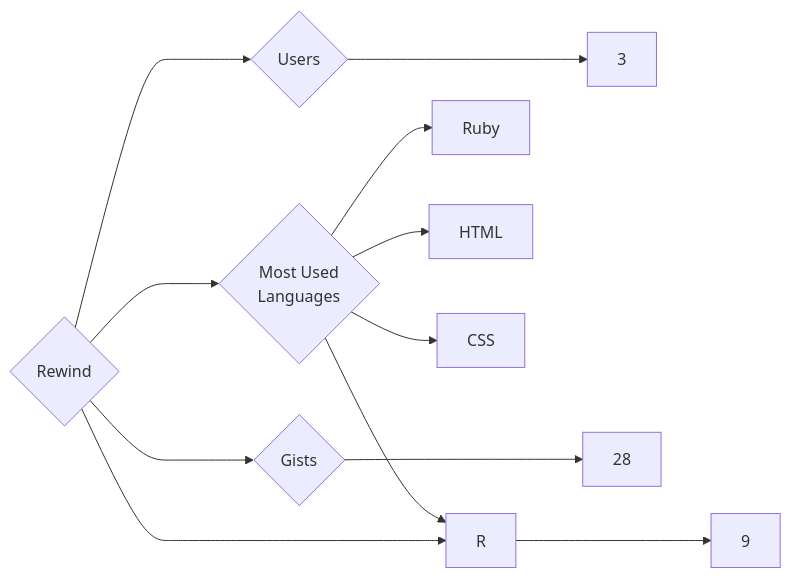
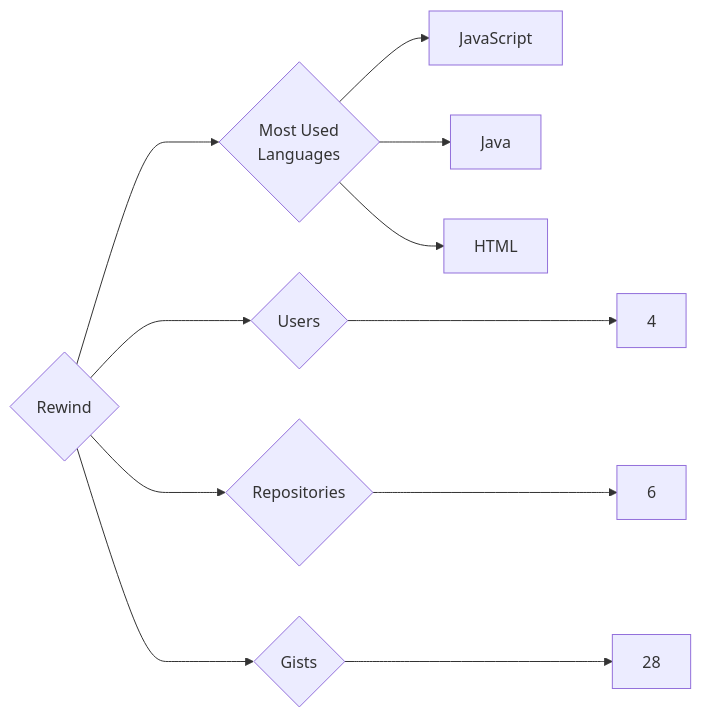
The diagram in targets/Rewind/README.md (trickest/insiders), drawn with Mermaid before and after one commit. The commit also changed 1496 other files, not shown here.

````diff
--- a/targets/Rewind/README.md
+++ b/targets/Rewind/README.md
@@ -3,12 +3,11 @@
 ```mermaid
 graph LR
 COMPANY_NAME{Rewind}
-COMPANY_NAME ---> U{Users} ---> UN[3]
-COMPANY_NAME ---> R{Repositories} ---> RN[9]
+COMPANY_NAME ---> U{Users} ---> UN[4]
+COMPANY_NAME ---> R{Repositories} ---> RN[6]
 COMPANY_NAME ---> G{Gists} ---> GN[28]
 COMPANY_NAME ---> ML{Most Used<br>Languages}
-ML --> Ruby[Ruby]
-ML --> R[R]
+ML --> JavaScript[JavaScript]
+ML --> Java[Java]
 ML --> HTML[HTML]
-ML --> CSS[CSS]
 ```
````
